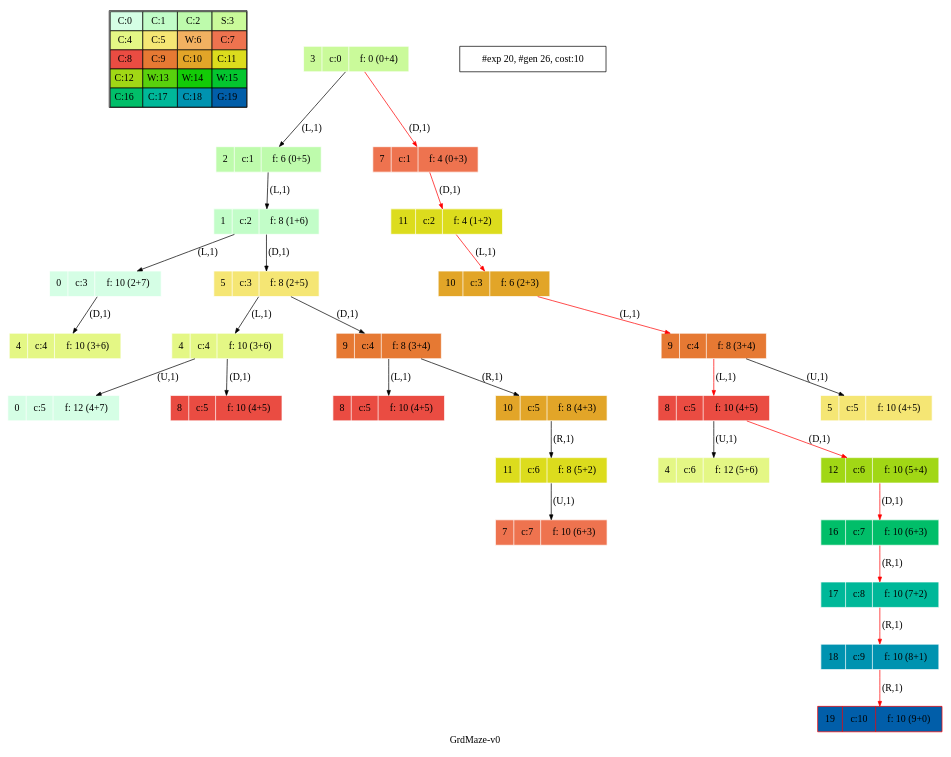
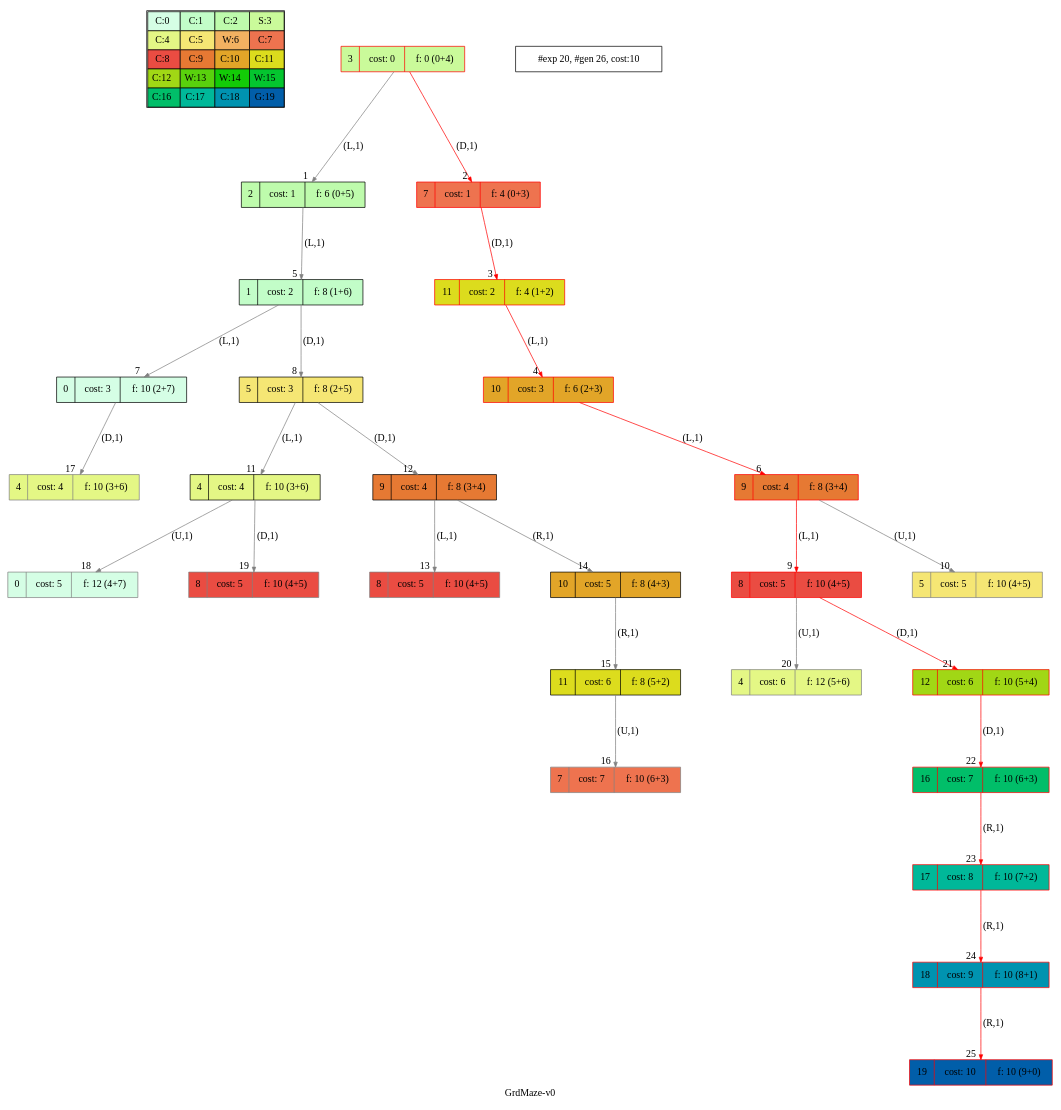
The diagram in viz/artifacts/tspd/dot/GrdMaze-v0_astar.dot (blasco991/AI), drawn with Graphviz before and after one commit. The commit also changed 145 other files, not shown here.

```diff
--- a/viz/artifacts/tspd/dot/GrdMaze-v0_astar.dot
+++ b/viz/artifacts/tspd/dot/GrdMaze-v0_astar.dot
@@ -1,31 +1,29 @@
-digraph GrdMaze { label="GrdMaze-v0"
+digraph GrdMaze { label="GrdMaze-v0" nodesep=1 ranksep="1.2" node [shape=record] edge [arrowsize=0.7] 
 subgraph MAP {label=Map;map [shape=plaintext label=<<table border="1" cellpadding="5" cellspacing="0" cellborder="1"><tr><td bgcolor="0.39803922 0.15947579 0.99679532 1.        ">C:0</td><td bgcolor="0.35098039 0.23194764 0.99315867 1.        ">C:1</td><td bgcolor="0.29607843 0.31486959 0.98720184 1.        ">C:2</td><td bgcolor="0.24901961 0.38410575 0.98063477 1.        ">S:3</td></tr><tr><td bgcolor="0.19411765 0.46220388 0.97128103 1.        ">C:4</td><td bgcolor="0.14705882 0.52643216 0.96182564 1.        ">C:5</td><td bgcolor="0.09215686 0.59770746 0.94913494 1.        ">W:6</td><td bgcolor="0.0372549  0.66454018 0.93467977 1.        ">C:7</td></tr><tr><td bgcolor="0.00980392 0.71791192 0.92090552 1.        ">C:8</td><td bgcolor="0.06470588 0.77520398 0.9032472  1.        ">C:9</td><td bgcolor="0.11176471 0.81974048 0.88677369 1.        ">C:10</td><td bgcolor="0.16666667 0.8660254  0.8660254  1.        ">C:11</td></tr><tr><td bgcolor="0.21372549 0.9005867  0.84695821 1.        ">C:12</td><td bgcolor="0.26862745 0.93467977 0.82325295 1.        ">W:13</td><td bgcolor="0.32352941 0.96182564 0.79801723 1.        ">W:14</td><td bgcolor="0.37058824 0.97940977 0.77520398 1.        ">W:15</td></tr><tr><td bgcolor="0.4254902  0.99315867 0.74725253 1.        ">C:16</td><td bgcolor="0.47254902 0.99907048 0.72218645 1.        ">C:17</td><td bgcolor="0.52745098 0.99907048 0.69169844 1.        ">C:18</td><td bgcolor="0.5745098  0.99315867 0.66454018 1.        ">G:19</td></tr></table>>]} 
-nodesep=1 ranksep=0.5 node [shape=record] edge [arrowsize=0.7] 
-"0_3" [label="<f0>3 |<f1> c:0 |<f2> f: 0 (0+4)", style=filled color=white fillcolor="0.24901961 0.38410575 0.98063477 1.        "]
-"0_3.2-0" [label="<f0>2 |<f1> c:1 |<f2> f: 6 (0+5)", style=filled color=white fillcolor="0.29607843 0.31486959 0.98720184 1.        "] "0_3" -> "0_3.2-0" [label="(L,1)" ]; 
-"0_3.7-3" [label="<f0>7 |<f1> c:1 |<f2> f: 4 (0+3)", style=filled color=white fillcolor="0.0372549  0.66454018 0.93467977 1.        "] "0_3" -> "0_3.7-3" [label="(D,1)" color=red ];  
-"0_3.7.11-3" [label="<f0>11 |<f1> c:2 |<f2> f: 4 (1+2)", style=filled color=white fillcolor="0.16666667 0.8660254  0.8660254  1.        "] "0_3.7-3" -> "0_3.7.11-3" [label="(D,1)" color=red ];  
-"0_3.7.11.10-0" [label="<f0>10 |<f1> c:3 |<f2> f: 6 (2+3)", style=filled color=white fillcolor="0.11176471 0.81974048 0.88677369 1.        "] "0_3.7.11-3" -> "0_3.7.11.10-0" [label="(L,1)" color=red ];  
-"0_3.2.1-0" [label="<f0>1 |<f1> c:2 |<f2> f: 8 (1+6)", style=filled color=white fillcolor="0.35098039 0.23194764 0.99315867 1.        "] "0_3.2-0" -> "0_3.2.1-0" [label="(L,1)" ]; 
-"0_3.7.11.10.9-0" [label="<f0>9 |<f1> c:4 |<f2> f: 8 (3+4)", style=filled color=white fillcolor="0.06470588 0.77520398 0.9032472  1.        "] "0_3.7.11.10-0" -> "0_3.7.11.10.9-0" [label="(L,1)" color=red ];  
-"0_3.2.1.0-0" [label="<f0>0 |<f1> c:3 |<f2> f: 10 (2+7)", style=filled color=white fillcolor="0.39803922 0.15947579 0.99679532 1.        "] "0_3.2.1-0" -> "0_3.2.1.0-0" [label="(L,1)" ]; 
-"0_3.2.1.5-3" [label="<f0>5 |<f1> c:3 |<f2> f: 8 (2+5)", style=filled color=white fillcolor="0.14705882 0.52643216 0.96182564 1.        "] "0_3.2.1-0" -> "0_3.2.1.5-3" [label="(D,1)" ]; 
-"0_3.7.11.10.9.8-0" [label="<f0>8 |<f1> c:5 |<f2> f: 10 (4+5)", style=filled color=white fillcolor="0.00980392 0.71791192 0.92090552 1.        "] "0_3.7.11.10.9-0" -> "0_3.7.11.10.9.8-0" [label="(L,1)" color=red ];  
-"0_3.7.11.10.9.5-2" [label="<f0>5 |<f1> c:5 |<f2> f: 10 (4+5)", style=filled color=white fillcolor="0.14705882 0.52643216 0.96182564 1.        "] "0_3.7.11.10.9-0" -> "0_3.7.11.10.9.5-2" [label="(U,1)" ]; 
-"0_3.2.1.5.4-0" [label="<f0>4 |<f1> c:4 |<f2> f: 10 (3+6)", style=filled color=white fillcolor="0.19411765 0.46220388 0.97128103 1.        "] "0_3.2.1.5-3" -> "0_3.2.1.5.4-0" [label="(L,1)" ]; 
-"0_3.2.1.5.9-3" [label="<f0>9 |<f1> c:4 |<f2> f: 8 (3+4)", style=filled color=white fillcolor="0.06470588 0.77520398 0.9032472  1.        "] "0_3.2.1.5-3" -> "0_3.2.1.5.9-3" [label="(D,1)" ]; 
-"0_3.2.1.5.9.8-0" [label="<f0>8 |<f1> c:5 |<f2> f: 10 (4+5)", style=filled color=white fillcolor="0.00980392 0.71791192 0.92090552 1.        "] "0_3.2.1.5.9-3" -> "0_3.2.1.5.9.8-0" [label="(L,1)" ]; 
-"0_3.2.1.5.9.10-1" [label="<f0>10 |<f1> c:5 |<f2> f: 8 (4+3)", style=filled color=white fillcolor="0.11176471 0.81974048 0.88677369 1.        "] "0_3.2.1.5.9-3" -> "0_3.2.1.5.9.10-1" [label="(R,1)" ]; 
-"0_3.2.1.5.9.10.11-1" [label="<f0>11 |<f1> c:6 |<f2> f: 8 (5+2)", style=filled color=white fillcolor="0.16666667 0.8660254  0.8660254  1.        "] "0_3.2.1.5.9.10-1" -> "0_3.2.1.5.9.10.11-1" [label="(R,1)" ]; 
-"0_3.2.1.5.9.10.11.7-2" [label="<f0>7 |<f1> c:7 |<f2> f: 10 (6+3)", style=filled color=white fillcolor="0.0372549  0.66454018 0.93467977 1.        "] "0_3.2.1.5.9.10.11-1" -> "0_3.2.1.5.9.10.11.7-2" [label="(U,1)" ]; 
-"0_3.2.1.0.4-3" [label="<f0>4 |<f1> c:4 |<f2> f: 10 (3+6)", style=filled color=white fillcolor="0.19411765 0.46220388 0.97128103 1.        "] "0_3.2.1.0-0" -> "0_3.2.1.0.4-3" [label="(D,1)" ]; 
-"0_3.2.1.5.4.0-2" [label="<f0>0 |<f1> c:5 |<f2> f: 12 (4+7)", style=filled color=white fillcolor="0.39803922 0.15947579 0.99679532 1.        "] "0_3.2.1.5.4-0" -> "0_3.2.1.5.4.0-2" [label="(U,1)" ]; 
-"0_3.2.1.5.4.8-3" [label="<f0>8 |<f1> c:5 |<f2> f: 10 (4+5)", style=filled color=white fillcolor="0.00980392 0.71791192 0.92090552 1.        "] "0_3.2.1.5.4-0" -> "0_3.2.1.5.4.8-3" [label="(D,1)" ]; 
-"0_3.7.11.10.9.8.4-2" [label="<f0>4 |<f1> c:6 |<f2> f: 12 (5+6)", style=filled color=white fillcolor="0.19411765 0.46220388 0.97128103 1.        "] "0_3.7.11.10.9.8-0" -> "0_3.7.11.10.9.8.4-2" [label="(U,1)" ]; 
-"0_3.7.11.10.9.8.12-3" [label="<f0>12 |<f1> c:6 |<f2> f: 10 (5+4)", style=filled color=white fillcolor="0.21372549 0.9005867  0.84695821 1.        "] "0_3.7.11.10.9.8-0" -> "0_3.7.11.10.9.8.12-3" [label="(D,1)" color=red ];  
-"0_3.7.11.10.9.8.12.16-3" [label="<f0>16 |<f1> c:7 |<f2> f: 10 (6+3)", style=filled color=white fillcolor="0.4254902  0.99315867 0.74725253 1.        "] "0_3.7.11.10.9.8.12-3" -> "0_3.7.11.10.9.8.12.16-3" [label="(D,1)" color=red ];  
-"0_3.7.11.10.9.8.12.16.17-1" [label="<f0>17 |<f1> c:8 |<f2> f: 10 (7+2)", style=filled color=white fillcolor="0.47254902 0.99907048 0.72218645 1.        "] "0_3.7.11.10.9.8.12.16-3" -> "0_3.7.11.10.9.8.12.16.17-1" [label="(R,1)" color=red ];  
-"0_3.7.11.10.9.8.12.16.17.18-1" [label="<f0>18 |<f1> c:9 |<f2> f: 10 (8+1)", style=filled color=white fillcolor="0.52745098 0.99907048 0.69169844 1.        "] "0_3.7.11.10.9.8.12.16.17-1" -> "0_3.7.11.10.9.8.12.16.17.18-1" [label="(R,1)" color=red ];  
-"0_3.7.11.10.9.8.12.16.17.18.19-1" [label="<f0>19 |<f1> c:10 |<f2> f: 10 (9+0)", style=filled color=red fillcolor="0.5745098  0.99315867 0.66454018 1.        "] "0_3.7.11.10.9.8.12.16.17.18-1" -> "0_3.7.11.10.9.8.12.16.17.18.19-1" [label="(R,1)" color=red ];  
- "#exp 20, #gen 26, cost:10" [ shape=box ];
-}
+"0_3" [label="<f0>3 |<f1> cost: 0 |<f2> f: 0 (0+4)", style=filled color=grey fillcolor="0.24901961 0.38410575 0.98063477 1.        "];  
+"0_3" [label="<f0>3 |<f1> cost: 0 |<f2> f: 0 (0+4)", style=filled color=black color=red fillcolor="0.24901961 0.38410575 0.98063477 1.        "];  "0_3.2-0" [label="<f0>2 |<f1> cost: 1 |<f2> f: 6 (0+5)", style=filled color=grey fillcolor="0.29607843 0.31486959 0.98720184 1.        "];   "0_3" -> "0_3.2-0" [label="(L,1)" headlabel=" 1 " color=grey ]; 
+"0_3.7-3" [label="<f0>7 |<f1> cost: 1 |<f2> f: 4 (0+3)", style=filled color=grey color=red fillcolor="0.0372549  0.66454018 0.93467977 1.        "];   "0_3" -> "0_3.7-3" [label="(D,1)" headlabel=" 2 " color=grey color=red ]; 
+"0_3.7-3" [label="<f0>7 |<f1> cost: 1 |<f2> f: 4 (0+3)", style=filled color=black color=red fillcolor="0.0372549  0.66454018 0.93467977 1.        "];  "0_3.7.11-3" [label="<f0>11 |<f1> cost: 2 |<f2> f: 4 (1+2)", style=filled color=grey color=red fillcolor="0.16666667 0.8660254  0.8660254  1.        "];   "0_3.7-3" -> "0_3.7.11-3" [label="(D,1)" headlabel=" 3 " color=grey color=red ]; 
+"0_3.7.11-3" [label="<f0>11 |<f1> cost: 2 |<f2> f: 4 (1+2)", style=filled color=black color=red fillcolor="0.16666667 0.8660254  0.8660254  1.        "];  "0_3.7.11.10-0" [label="<f0>10 |<f1> cost: 3 |<f2> f: 6 (2+3)", style=filled color=grey color=red fillcolor="0.11176471 0.81974048 0.88677369 1.        "];   "0_3.7.11-3" -> "0_3.7.11.10-0" [label="(L,1)" headlabel=" 4 " color=grey color=red ]; 
+"0_3.2-0" [label="<f0>2 |<f1> cost: 1 |<f2> f: 6 (0+5)", style=filled color=black fillcolor="0.29607843 0.31486959 0.98720184 1.        "];  "0_3.2.1-0" [label="<f0>1 |<f1> cost: 2 |<f2> f: 8 (1+6)", style=filled color=grey fillcolor="0.35098039 0.23194764 0.99315867 1.        "];   "0_3.2-0" -> "0_3.2.1-0" [label="(L,1)" headlabel=" 5 " color=grey ]; 
+"0_3.7.11.10-0" [label="<f0>10 |<f1> cost: 3 |<f2> f: 6 (2+3)", style=filled color=black color=red fillcolor="0.11176471 0.81974048 0.88677369 1.        "];  "0_3.7.11.10.9-0" [label="<f0>9 |<f1> cost: 4 |<f2> f: 8 (3+4)", style=filled color=grey color=red fillcolor="0.06470588 0.77520398 0.9032472  1.        "];   "0_3.7.11.10-0" -> "0_3.7.11.10.9-0" [label="(L,1)" headlabel=" 6 " color=grey color=red ]; 
+"0_3.2.1-0" [label="<f0>1 |<f1> cost: 2 |<f2> f: 8 (1+6)", style=filled color=black fillcolor="0.35098039 0.23194764 0.99315867 1.        "];  "0_3.2.1.0-0" [label="<f0>0 |<f1> cost: 3 |<f2> f: 10 (2+7)", style=filled color=grey fillcolor="0.39803922 0.15947579 0.99679532 1.        "];   "0_3.2.1-0" -> "0_3.2.1.0-0" [label="(L,1)" headlabel=" 7 " color=grey ]; 
+"0_3.2.1.5-3" [label="<f0>5 |<f1> cost: 3 |<f2> f: 8 (2+5)", style=filled color=grey fillcolor="0.14705882 0.52643216 0.96182564 1.        "];   "0_3.2.1-0" -> "0_3.2.1.5-3" [label="(D,1)" headlabel=" 8 " color=grey ]; 
+"0_3.7.11.10.9-0" [label="<f0>9 |<f1> cost: 4 |<f2> f: 8 (3+4)", style=filled color=black color=red fillcolor="0.06470588 0.77520398 0.9032472  1.        "];  "0_3.7.11.10.9.8-0" [label="<f0>8 |<f1> cost: 5 |<f2> f: 10 (4+5)", style=filled color=grey color=red fillcolor="0.00980392 0.71791192 0.92090552 1.        "];   "0_3.7.11.10.9-0" -> "0_3.7.11.10.9.8-0" [label="(L,1)" headlabel=" 9 " color=grey color=red ]; 
+"0_3.7.11.10.9.5-2" [label="<f0>5 |<f1> cost: 5 |<f2> f: 10 (4+5)", style=filled color=grey fillcolor="0.14705882 0.52643216 0.96182564 1.        "];   "0_3.7.11.10.9-0" -> "0_3.7.11.10.9.5-2" [label="(U,1)" headlabel=" 10 " color=grey ]; 
+"0_3.2.1.5-3" [label="<f0>5 |<f1> cost: 3 |<f2> f: 8 (2+5)", style=filled color=black fillcolor="0.14705882 0.52643216 0.96182564 1.        "];  "0_3.2.1.5.4-0" [label="<f0>4 |<f1> cost: 4 |<f2> f: 10 (3+6)", style=filled color=grey fillcolor="0.19411765 0.46220388 0.97128103 1.        "];   "0_3.2.1.5-3" -> "0_3.2.1.5.4-0" [label="(L,1)" headlabel=" 11 " color=grey ]; 
+"0_3.2.1.5.9-3" [label="<f0>9 |<f1> cost: 4 |<f2> f: 8 (3+4)", style=filled color=grey fillcolor="0.06470588 0.77520398 0.9032472  1.        "];   "0_3.2.1.5-3" -> "0_3.2.1.5.9-3" [label="(D,1)" headlabel=" 12 " color=grey ]; 
+"0_3.2.1.5.9-3" [label="<f0>9 |<f1> cost: 4 |<f2> f: 8 (3+4)", style=filled color=black fillcolor="0.06470588 0.77520398 0.9032472  1.        "];  "0_3.2.1.5.9.8-0" [label="<f0>8 |<f1> cost: 5 |<f2> f: 10 (4+5)", style=filled color=grey fillcolor="0.00980392 0.71791192 0.92090552 1.        "];   "0_3.2.1.5.9-3" -> "0_3.2.1.5.9.8-0" [label="(L,1)" headlabel=" 13 " color=grey ]; 
+"0_3.2.1.5.9.10-1" [label="<f0>10 |<f1> cost: 5 |<f2> f: 8 (4+3)", style=filled color=grey fillcolor="0.11176471 0.81974048 0.88677369 1.        "];   "0_3.2.1.5.9-3" -> "0_3.2.1.5.9.10-1" [label="(R,1)" headlabel=" 14 " color=grey ]; 
+"0_3.2.1.5.9.10-1" [label="<f0>10 |<f1> cost: 5 |<f2> f: 8 (4+3)", style=filled color=black fillcolor="0.11176471 0.81974048 0.88677369 1.        "];  "0_3.2.1.5.9.10.11-1" [label="<f0>11 |<f1> cost: 6 |<f2> f: 8 (5+2)", style=filled color=grey fillcolor="0.16666667 0.8660254  0.8660254  1.        "];   "0_3.2.1.5.9.10-1" -> "0_3.2.1.5.9.10.11-1" [label="(R,1)" headlabel=" 15 " color=grey ]; 
+"0_3.2.1.5.9.10.11-1" [label="<f0>11 |<f1> cost: 6 |<f2> f: 8 (5+2)", style=filled color=black fillcolor="0.16666667 0.8660254  0.8660254  1.        "];  "0_3.2.1.5.9.10.11.7-2" [label="<f0>7 |<f1> cost: 7 |<f2> f: 10 (6+3)", style=filled color=grey fillcolor="0.0372549  0.66454018 0.93467977 1.        "];   "0_3.2.1.5.9.10.11-1" -> "0_3.2.1.5.9.10.11.7-2" [label="(U,1)" headlabel=" 16 " color=grey ]; 
+"0_3.2.1.0-0" [label="<f0>0 |<f1> cost: 3 |<f2> f: 10 (2+7)", style=filled color=black fillcolor="0.39803922 0.15947579 0.99679532 1.        "];  "0_3.2.1.0.4-3" [label="<f0>4 |<f1> cost: 4 |<f2> f: 10 (3+6)", style=filled color=grey fillcolor="0.19411765 0.46220388 0.97128103 1.        "];   "0_3.2.1.0-0" -> "0_3.2.1.0.4-3" [label="(D,1)" headlabel=" 17 " color=grey ]; 
+"0_3.2.1.5.4-0" [label="<f0>4 |<f1> cost: 4 |<f2> f: 10 (3+6)", style=filled color=black fillcolor="0.19411765 0.46220388 0.97128103 1.        "];  "0_3.2.1.5.4.0-2" [label="<f0>0 |<f1> cost: 5 |<f2> f: 12 (4+7)", style=filled color=grey fillcolor="0.39803922 0.15947579 0.99679532 1.        "];   "0_3.2.1.5.4-0" -> "0_3.2.1.5.4.0-2" [label="(U,1)" headlabel=" 18 " color=grey ]; 
+"0_3.2.1.5.4.8-3" [label="<f0>8 |<f1> cost: 5 |<f2> f: 10 (4+5)", style=filled color=grey fillcolor="0.00980392 0.71791192 0.92090552 1.        "];   "0_3.2.1.5.4-0" -> "0_3.2.1.5.4.8-3" [label="(D,1)" headlabel=" 19 " color=grey ]; 
+"0_3.7.11.10.9.8-0" [label="<f0>8 |<f1> cost: 5 |<f2> f: 10 (4+5)", style=filled color=black color=red fillcolor="0.00980392 0.71791192 0.92090552 1.        "];  "0_3.7.11.10.9.8.4-2" [label="<f0>4 |<f1> cost: 6 |<f2> f: 12 (5+6)", style=filled color=grey fillcolor="0.19411765 0.46220388 0.97128103 1.        "];   "0_3.7.11.10.9.8-0" -> "0_3.7.11.10.9.8.4-2" [label="(U,1)" headlabel=" 20 " color=grey ]; 
+"0_3.7.11.10.9.8.12-3" [label="<f0>12 |<f1> cost: 6 |<f2> f: 10 (5+4)", style=filled color=grey color=red fillcolor="0.21372549 0.9005867  0.84695821 1.        "];   "0_3.7.11.10.9.8-0" -> "0_3.7.11.10.9.8.12-3" [label="(D,1)" headlabel=" 21 " color=grey color=red ]; 
+"0_3.7.11.10.9.8.12-3" [label="<f0>12 |<f1> cost: 6 |<f2> f: 10 (5+4)", style=filled color=black color=red fillcolor="0.21372549 0.9005867  0.84695821 1.        "];  "0_3.7.11.10.9.8.12.16-3" [label="<f0>16 |<f1> cost: 7 |<f2> f: 10 (6+3)", style=filled color=grey color=red fillcolor="0.4254902  0.99315867 0.74725253 1.        "];   "0_3.7.11.10.9.8.12-3" -> "0_3.7.11.10.9.8.12.16-3" [label="(D,1)" headlabel=" 22 " color=grey color=red ]; 
+"0_3.7.11.10.9.8.12.16-3" [label="<f0>16 |<f1> cost: 7 |<f2> f: 10 (6+3)", style=filled color=black color=red fillcolor="0.4254902  0.99315867 0.74725253 1.        "];  "0_3.7.11.10.9.8.12.16.17-1" [label="<f0>17 |<f1> cost: 8 |<f2> f: 10 (7+2)", style=filled color=grey color=red fillcolor="0.47254902 0.99907048 0.72218645 1.        "];   "0_3.7.11.10.9.8.12.16-3" -> "0_3.7.11.10.9.8.12.16.17-1" [label="(R,1)" headlabel=" 23 " color=grey color=red ]; 
+"0_3.7.11.10.9.8.12.16.17-1" [label="<f0>17 |<f1> cost: 8 |<f2> f: 10 (7+2)", style=filled color=black color=red fillcolor="0.47254902 0.99907048 0.72218645 1.        "];  "0_3.7.11.10.9.8.12.16.17.18-1" [label="<f0>18 |<f1> cost: 9 |<f2> f: 10 (8+1)", style=filled color=grey color=red fillcolor="0.52745098 0.99907048 0.69169844 1.        "];   "0_3.7.11.10.9.8.12.16.17-1" -> "0_3.7.11.10.9.8.12.16.17.18-1" [label="(R,1)" headlabel=" 24 " color=grey color=red ]; 
+"0_3.7.11.10.9.8.12.16.17.18-1" [label="<f0>18 |<f1> cost: 9 |<f2> f: 10 (8+1)", style=filled color=black color=red fillcolor="0.52745098 0.99907048 0.69169844 1.        "];  "0_3.7.11.10.9.8.12.16.17.18.19-1" [label="<f0>19 |<f1> cost: 10 |<f2> f: 10 (9+0)", style=filled color=black color=red fillcolor="0.5745098  0.99315867 0.66454018 1.        "]; /*GOALSTATE*/  "0_3.7.11.10.9.8.12.16.17.18-1" -> "0_3.7.11.10.9.8.12.16.17.18.19-1" [label="(R,1)" headlabel=" 25 " color=grey color=red ];
+"#exp 20, #gen 26, cost:10" [ shape=box ]; }
```
